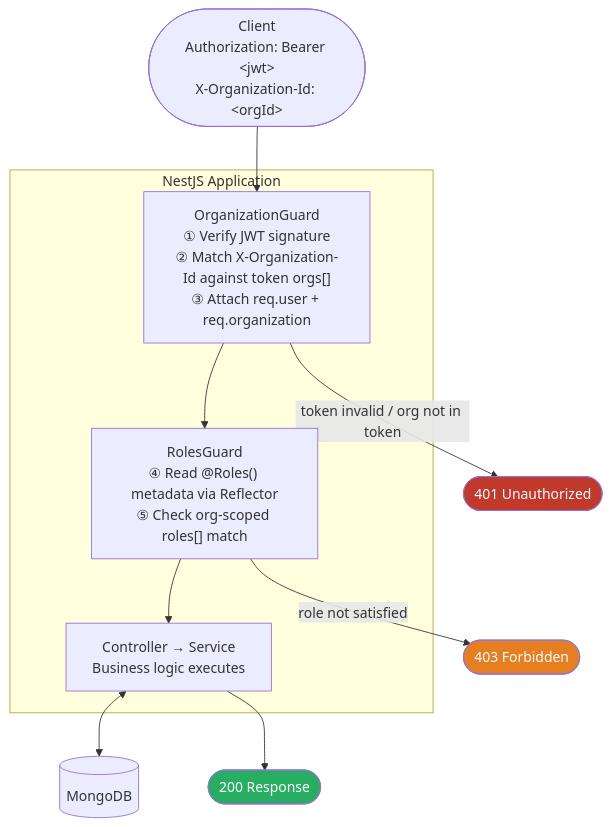
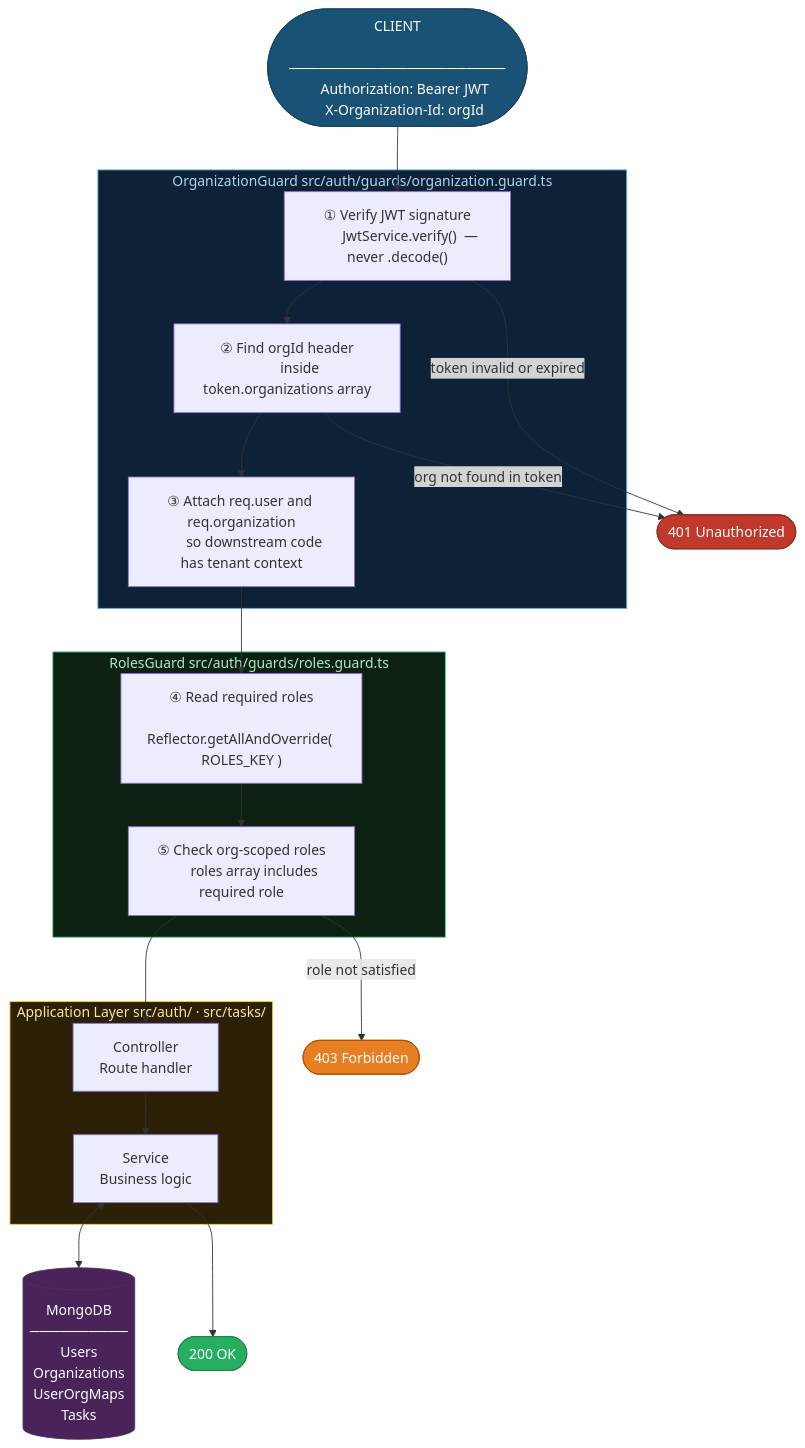
One commit to Foysal-Munsy/multi-tenant-auth changed the first of 4 diagrams in README.md. Above: the diagram before and after it, drawn with Mermaid. The commit also changed other lines of this file, not shown here.

Commit message:
[update] readme

````diff
--- a/README.md
+++ b/README.md
@@ -40,24 +40,72 @@
 ```mermaid
 flowchart TD
-    Client(["Client\nAuthorization: Bearer &lt;jwt&gt;\nX-Organization-Id: &lt;orgId&gt;"])
+    %% ── CLIENT ────────────────────────────────────────────────────
+    Client(["CLIENT
+    ──────────────────────
+    Authorization: Bearer JWT
+    X-Organization-Id: orgId"])
 
-    subgraph NestJS Application
-        OG["OrganizationGuard\n① Verify JWT signature\n② Match X-Organization-Id against token orgs[]\n③ Attach req.user + req.organization"]
-        RG["RolesGuard\n④ Read @Roles() metadata via Reflector\n⑤ Check org-scoped roles[] match"]
-        SVC["Controller → Service\nBusiness logic executes"]
+    %% ── GUARD 1 ───────────────────────────────────────────────────
+    subgraph OG["OrganizationGuard   src/auth/guards/organization.guard.ts"]
+        OG1["① Verify JWT signature
+        JwtService.verify()  — never .decode()"]
+        OG2["② Find orgId header
+        inside token.organizations array"]
+        OG3["③ Attach req.user and req.organization
+        so downstream code has tenant context"]
+        OG1 --> OG2 --> OG3
     end
 
-    DB[(MongoDB)]
+    %% ── GUARD 2 ───────────────────────────────────────────────────
+    subgraph RG["RolesGuard   src/auth/guards/roles.guard.ts"]
+        RG1["④ Read required roles
+        Reflector.getAllAndOverride( ROLES_KEY )"]
+        RG2["⑤ Check org-scoped roles
+        roles array includes required role"]
+        RG1 --> RG2
+    end
 
-    Client --> OG
-    OG -- "token invalid / org not in token" --> E401(["401 Unauthorized"])
-    OG --> RG
-    RG -- "role not satisfied" --> E403(["403 Forbidden"])
-    RG --> SVC
-    SVC <--> DB
-    SVC --> OK(["200 Response"])
+    %% ── APPLICATION ───────────────────────────────────────────────
+    subgraph APP["Application Layer   src/auth/  ·  src/tasks/"]
+        CT["Controller
+        Route handler"]
+        SV["Service
+        Business logic"]
+        CT --> SV
+    end
 
-    style E401 fill:#c0392b,color:#fff
-    style E403 fill:#e67e22,color:#fff
-    style OK fill:#27ae60,color:#fff
+    %% ── DATA ──────────────────────────────────────────────────────
+    DB[("MongoDB
+    ──────────
+    Users
+    Organizations
+    UserOrgMaps
+    Tasks")]
+
+    %% ── RESPONSES ─────────────────────────────────────────────────
+    E401(["401 Unauthorized"])
+    E403(["403 Forbidden"])
+    OK(["200 OK"])
+
+    %% ── HAPPY PATH ────────────────────────────────────────────────
+    Client --> OG1
+    OG3    --> RG1
+    RG2    --> CT
+    SV    <--> DB
+    SV     --> OK
+
+    %% ── ERROR PATHS ───────────────────────────────────────────────
+    OG1 -- "token invalid or expired"  --> E401
+    OG2 -- "org not found in token"    --> E401
+    RG2 -- "role not satisfied"        --> E403
+
+    %% ── STYLES ────────────────────────────────────────────────────
+    style Client fill:#1a5276,color:#fff,stroke:#154360
+    style OG     fill:#0d2137,stroke:#5dade2,color:#aed6f1
+    style RG     fill:#0d2112,stroke:#58d68d,color:#abebc6
+    style APP    fill:#2c2107,stroke:#f4d03f,color:#f9e79f
+    style DB     fill:#4a235a,color:#fff,stroke:#512e5f
+    style E401   fill:#c0392b,color:#fff,stroke:#922b21
+    style E403   fill:#e67e22,color:#fff,stroke:#ba4a00
+    style OK     fill:#27ae60,color:#fff,stroke:#1e8449
 ```
````
